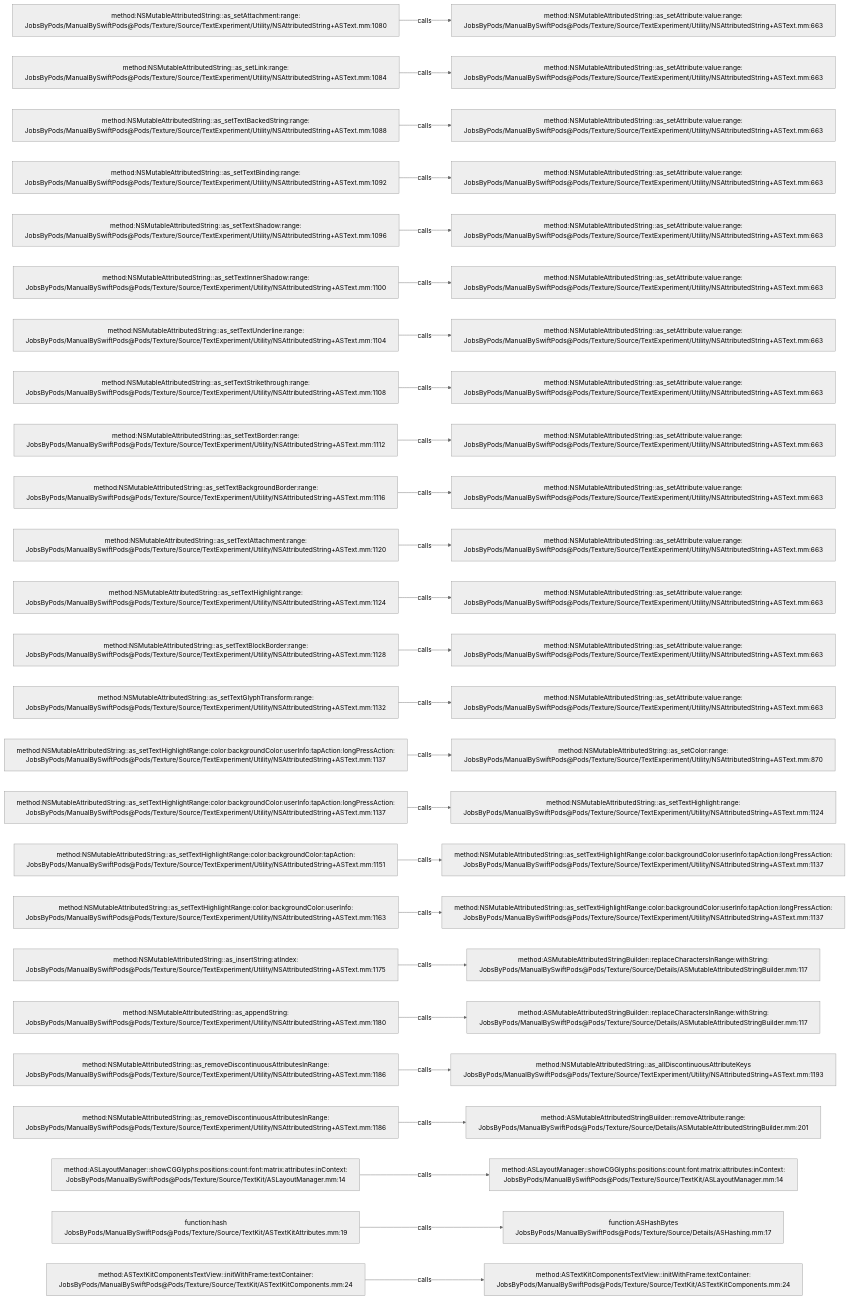
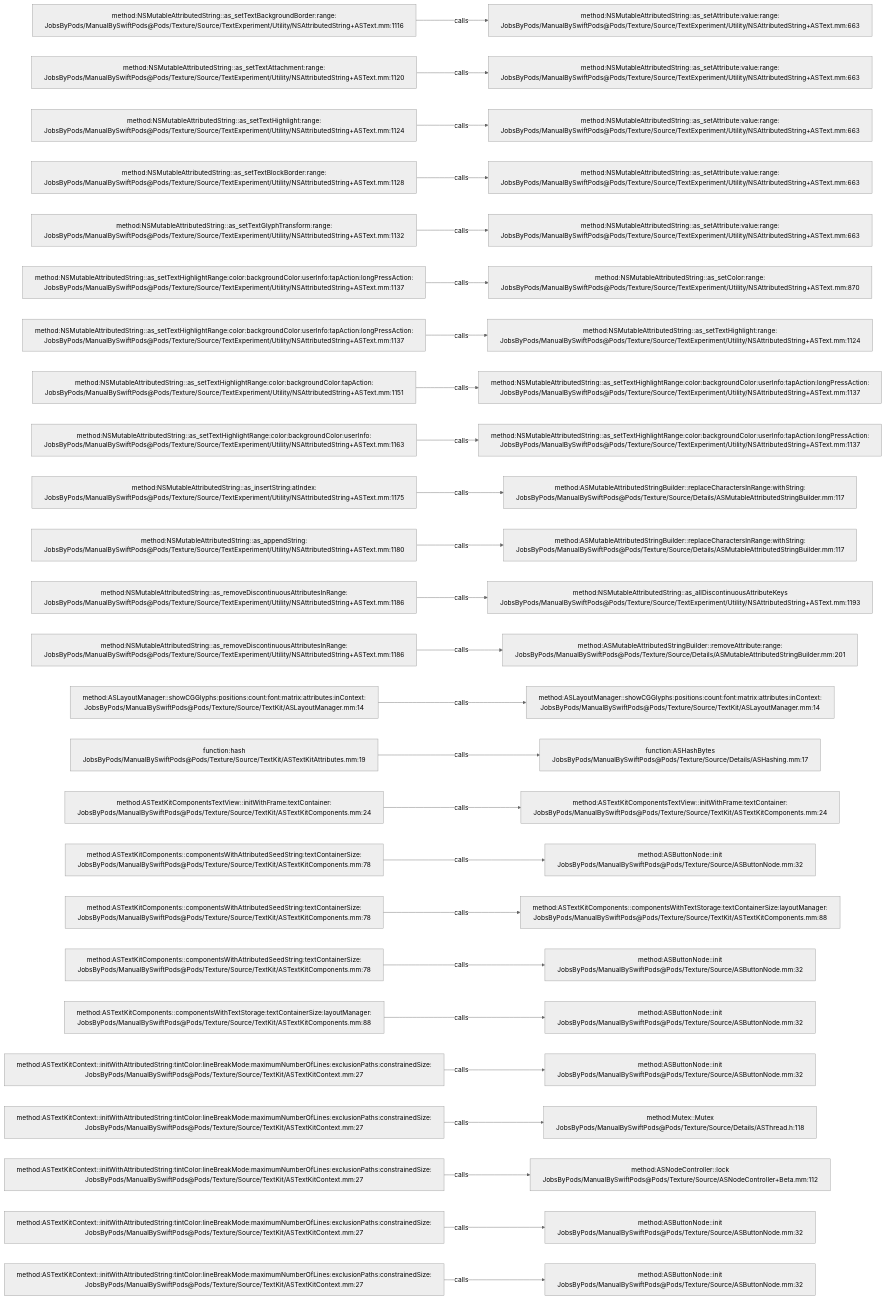
The diagram in .codegraph/codegraph.md/graphs/calls-147.md (JobsKits/JobsSwiftBaseConfigDemo), drawn with Mermaid (neutral theme) before and after one commit. The commit also changed 707 other files, not shown here.

````diff
--- a/.codegraph/codegraph.md/graphs/calls-147.md
+++ b/.codegraph/codegraph.md/graphs/calls-147.md
@@ -13,78 +13,78 @@
 ```mermaid
 flowchart LR
-  S1["method:NSMutableAttributedString::as_setAttachment:range:<br/>JobsByPods/ManualBySwiftPods@Pods/Texture/Source/TextExperiment/Utility/NSAttributedString+ASText.mm:1080"]
+  S1["method:NSMutableAttributedString::as_setTextBackgroundBorder:range:<br/>JobsByPods/ManualBySwiftPods@Pods/Texture/Source/TextExperiment/Utility/NSAttributedString+ASText.mm:1116"]
   T1["method:NSMutableAttributedString::as_setAttribute:value:range:<br/>JobsByPods/ManualBySwiftPods@Pods/Texture/Source/TextExperiment/Utility/NSAttributedString+ASText.mm:663"]
   S1 -->|calls| T1
-  S2["method:NSMutableAttributedString::as_setLink:range:<br/>JobsByPods/ManualBySwiftPods@Pods/Texture/Source/TextExperiment/Utility/NSAttributedString+ASText.mm:1084"]
+  S2["method:NSMutableAttributedString::as_setTextAttachment:range:<br/>JobsByPods/ManualBySwiftPods@Pods/Texture/Source/TextExperiment/Utility/NSAttributedString+ASText.mm:1120"]
   T2["method:NSMutableAttributedString::as_setAttribute:value:range:<br/>JobsByPods/ManualBySwiftPods@Pods/Texture/Source/TextExperiment/Utility/NSAttributedString+ASText.mm:663"]
   S2 -->|calls| T2
-  S3["method:NSMutableAttributedString::as_setTextBackedString:range:<br/>JobsByPods/ManualBySwiftPods@Pods/Texture/Source/TextExperiment/Utility/NSAttributedString+ASText.mm:1088"]
+  S3["method:NSMutableAttributedString::as_setTextHighlight:range:<br/>JobsByPods/ManualBySwiftPods@Pods/Texture/Source/TextExperiment/Utility/NSAttributedString+ASText.mm:1124"]
   T3["method:NSMutableAttributedString::as_setAttribute:value:range:<br/>JobsByPods/ManualBySwiftPods@Pods/Texture/Source/TextExperiment/Utility/NSAttributedString+ASText.mm:663"]
   S3 -->|calls| T3
-  S4["method:NSMutableAttributedString::as_setTextBinding:range:<br/>JobsByPods/ManualBySwiftPods@Pods/Texture/Source/TextExperiment/Utility/NSAttributedString+ASText.mm:1092"]
+  S4["method:NSMutableAttributedString::as_setTextBlockBorder:range:<br/>JobsByPods/ManualBySwiftPods@Pods/Texture/Source/TextExperiment/Utility/NSAttributedString+ASText.mm:1128"]
   T4["method:NSMutableAttributedString::as_setAttribute:value:range:<br/>JobsByPods/ManualBySwiftPods@Pods/Texture/Source/TextExperiment/Utility/NSAttributedString+ASText.mm:663"]
   S4 -->|calls| T4
-  S5["method:NSMutableAttributedString::as_setTextShadow:range:<br/>JobsByPods/ManualBySwiftPods@Pods/Texture/Source/TextExperiment/Utility/NSAttributedString+ASText.mm:1096"]
+  S5["method:NSMutableAttributedString::as_setTextGlyphTransform:range:<br/>JobsByPods/ManualBySwiftPods@Pods/Texture/Source/TextExperiment/Utility/NSAttributedString+ASText.mm:1132"]
   T5["method:NSMutableAttributedString::as_setAttribute:value:range:<br/>JobsByPods/ManualBySwiftPods@Pods/Texture/Source/TextExperiment/Utility/NSAttributedString+ASText.mm:663"]
   S5 -->|calls| T5
-  S6["method:NSMutableAttributedString::as_setTextInnerShadow:range:<br/>JobsByPods/ManualBySwiftPods@Pods/Texture/Source/TextExperiment/Utility/NSAttributedString+ASText.mm:1100"]
-  T6["method:NSMutableAttributedString::as_setAttribute:value:range:<br/>JobsByPods/ManualBySwiftPods@Pods/Texture/Source/TextExperiment/Utility/NSAttributedString+ASText.mm:663"]
+  S6["method:NSMutableAttributedString::as_setTextHighlightRange:color:backgroundColor:userInfo:tapAction:longPressAction:<br/>JobsByPods/ManualBySwiftPods@Pods/Texture/Source/TextExperiment/Utility/NSAttributedString+ASText.mm:1137"]
+  T6["method:NSMutableAttributedString::as_setColor:range:<br/>JobsByPods/ManualBySwiftPods@Pods/Texture/Source/TextExperiment/Utility/NSAttributedString+ASText.mm:870"]
   S6 -->|calls| T6
-  S7["method:NSMutableAttributedString::as_setTextUnderline:range:<br/>JobsByPods/ManualBySwiftPods@Pods/Texture/Source/TextExperiment/Utility/NSAttributedString+ASText.mm:1104"]
-  T7["method:NSMutableAttributedString::as_setAttribute:value:range:<br/>JobsByPods/ManualBySwiftPods@Pods/Texture/Source/TextExperiment/Utility/NSAttributedString+ASText.mm:663"]
+  S7["method:NSMutableAttributedString::as_setTextHighlightRange:color:backgroundColor:userInfo:tapAction:longPressAction:<br/>JobsByPods/ManualBySwiftPods@Pods/Texture/Source/TextExperiment/Utility/NSAttributedString+ASText.mm:1137"]
+  T7["method:NSMutableAttributedString::as_setTextHighlight:range:<br/>JobsByPods/ManualBySwiftPods@Pods/Texture/Source/TextExperiment/Utility/NSAttributedString+ASText.mm:1124"]
   S7 -->|calls| T7
-  S8["method:NSMutableAttributedString::as_setTextStrikethrough:range:<br/>JobsByPods/ManualBySwiftPods@Pods/Texture/Source/TextExperiment/Utility/NSAttributedString+ASText.mm:1108"]
-  T8["method:NSMutableAttributedString::as_setAttribute:value:range:<br/>JobsByPods/ManualBySwiftPods@Pods/Texture/Source/TextExperiment/Utility/NSAttributedString+ASText.mm:663"]
+  S8["method:NSMutableAttributedString::as_setTextHighlightRange:color:backgroundColor:tapAction:<br/>JobsByPods/ManualBySwiftPods@Pods/Texture/Source/TextExperiment/Utility/NSAttributedString+ASText.mm:1151"]
+  T8["method:NSMutableAttributedString::as_setTextHighlightRange:color:backgroundColor:userInfo:tapAction:longPressAction:<br/>JobsByPods/ManualBySwiftPods@Pods/Texture/Source/TextExperiment/Utility/NSAttributedString+ASText.mm:1137"]
   S8 -->|calls| T8
-  S9["method:NSMutableAttributedString::as_setTextBorder:range:<br/>JobsByPods/ManualBySwiftPods@Pods/Texture/Source/TextExperiment/Utility/NSAttributedString+ASText.mm:1112"]
-  T9["method:NSMutableAttributedString::as_setAttribute:value:range:<br/>JobsByPods/ManualBySwiftPods@Pods/Texture/Source/TextExperiment/Utility/NSAttributedString+ASText.mm:663"]
+  S9["method:NSMutableAttributedString::as_setTextHighlightRange:color:backgroundColor:userInfo:<br/>JobsByPods/ManualBySwiftPods@Pods/Texture/Source/TextExperiment/Utility/NSAttributedString+ASText.mm:1163"]
+  T9["method:NSMutableAttributedString::as_setTextHighlightRange:color:backgroundColor:userInfo:tapAction:longPressAction:<br/>JobsByPods/ManualBySwiftPods@Pods/Texture/Source/TextExperiment/Utility/NSAttributedString+ASText.mm:1137"]
   S9 -->|calls| T9
-  S10["method:NSMutableAttributedString::as_setTextBackgroundBorder:range:<br/>JobsByPods/ManualBySwiftPods@Pods/Texture/Source/TextExperiment/Utility/NSAttributedString+ASText.mm:1116"]
-  T10["method:NSMutableAttributedString::as_setAttribute:value:range:<br/>JobsByPods/ManualBySwiftPods@Pods/Texture/Source/TextExperiment/Utility/NSAttributedString+ASText.mm:663"]
+  S10["method:NSMutableAttributedString::as_insertString:atIndex:<br/>JobsByPods/ManualBySwiftPods@Pods/Texture/Source/TextExperiment/Utility/NSAttributedString+ASText.mm:1175"]
+  T10["method:ASMutableAttributedStringBuilder::replaceCharactersInRange:withString:<br/>JobsByPods/ManualBySwiftPods@Pods/Texture/Source/Details/ASMutableAttributedStringBuilder.mm:117"]
   S10 -->|calls| T10
-  S11["method:NSMutableAttributedString::as_setTextAttachment:range:<br/>JobsByPods/ManualBySwiftPods@Pods/Texture/Source/TextExperiment/Utility/NSAttributedString+ASText.mm:1120"]
-  T11["method:NSMutableAttributedString::as_setAttribute:value:range:<br/>JobsByPods/ManualBySwiftPods@Pods/Texture/Source/TextExperiment/Utility/NSAttributedString+ASText.mm:663"]
+  S11["method:NSMutableAttributedString::as_appendString:<br/>JobsByPods/ManualBySwiftPods@Pods/Texture/Source/TextExperiment/Utility/NSAttributedString+ASText.mm:1180"]
+  T11["method:ASMutableAttributedStringBuilder::replaceCharactersInRange:withString:<br/>JobsByPods/ManualBySwiftPods@Pods/Texture/Source/Details/ASMutableAttributedStringBuilder.mm:117"]
   S11 -->|calls| T11
-  S12["method:NSMutableAttributedString::as_setTextHighlight:range:<br/>JobsByPods/ManualBySwiftPods@Pods/Texture/Source/TextExperiment/Utility/NSAttributedString+ASText.mm:1124"]
-  T12["method:NSMutableAttributedString::as_setAttribute:value:range:<br/>JobsByPods/ManualBySwiftPods@Pods/Texture/Source/TextExperiment/Utility/NSAttributedString+ASText.mm:663"]
+  S12["method:NSMutableAttributedString::as_removeDiscontinuousAttributesInRange:<br/>JobsByPods/ManualBySwiftPods@Pods/Texture/Source/TextExperiment/Utility/NSAttributedString+ASText.mm:1186"]
+  T12["method:NSMutableAttributedString::as_allDiscontinuousAttributeKeys<br/>JobsByPods/ManualBySwiftPods@Pods/Texture/Source/TextExperiment/Utility/NSAttributedString+ASText.mm:1193"]
   S12 -->|calls| T12
-  S13["method:NSMutableAttributedString::as_setTextBlockBorder:range:<br/>JobsByPods/ManualBySwiftPods@Pods/Texture/Source/TextExperiment/Utility/NSAttributedString+ASText.mm:1128"]
-  T13["method:NSMutableAttributedString::as_setAttribute:value:range:<br/>JobsByPods/ManualBySwiftPods@Pods/Texture/Source/TextExperiment/Utility/NSAttributedString+ASText.mm:663"]
+  S13["method:NSMutableAttributedString::as_removeDiscontinuousAttributesInRange:<br/>JobsByPods/ManualBySwiftPods@Pods/Texture/Source/TextExperiment/Utility/NSAttributedString+ASText.mm:1186"]
+  T13["method:ASMutableAttributedStringBuilder::removeAttribute:range:<br/>JobsByPods/ManualBySwiftPods@Pods/Texture/Source/Details/ASMutableAttributedStringBuilder.mm:201"]
   S13 -->|calls| T13
-  S14["method:NSMutableAttributedString::as_setTextGlyphTransform:range:<br/>JobsByPods/ManualBySwiftPods@Pods/Texture/Source/TextExperiment/Utility/NSAttributedString+ASText.mm:1132"]
-  T14["method:NSMutableAttributedString::as_setAttribute:value:range:<br/>JobsByPods/ManualBySwiftPods@Pods/Texture/Source/TextExperiment/Utility/NSAttributedString+ASText.mm:663"]
+  S14["method:ASLayoutManager::showCGGlyphs:positions:count:font:matrix:attributes:inContext:<br/>JobsByPods/ManualBySwiftPods@Pods/Texture/Source/TextKit/ASLayoutManager.mm:14"]
+  T14["method:ASLayoutManager::showCGGlyphs:positions:count:font:matrix:attributes:inContext:<br/>JobsByPods/ManualBySwiftPods@Pods/Texture/Source/TextKit/ASLayoutManager.mm:14"]
   S14 -->|calls| T14
-  S15["method:NSMutableAttributedString::as_setTextHighlightRange:color:backgroundColor:userInfo:tapAction:longPressAction:<br/>JobsByPods/ManualBySwiftPods@Pods/Texture/Source/TextExperiment/Utility/NSAttributedString+ASText.mm:1137"]
-  T15["method:NSMutableAttributedString::as_setColor:range:<br/>JobsByPods/ManualBySwiftPods@Pods/Texture/Source/TextExperiment/Utility/NSAttributedString+ASText.mm:870"]
+  S15["function:hash<br/>JobsByPods/ManualBySwiftPods@Pods/Texture/Source/TextKit/ASTextKitAttributes.mm:19"]
+  T15["function:ASHashBytes<br/>JobsByPods/ManualBySwiftPods@Pods/Texture/Source/Details/ASHashing.mm:17"]
   S15 -->|calls| T15
-  S16["method:NSMutableAttributedString::as_setTextHighlightRange:color:backgroundColor:userInfo:tapAction:longPressAction:<br/>JobsByPods/ManualBySwiftPods@Pods/Texture/Source/TextExperiment/Utility/NSAttributedString+ASText.mm:1137"]
-  T16["method:NSMutableAttributedString::as_setTextHighlight:range:<br/>JobsByPods/ManualBySwiftPods@Pods/Texture/Source/TextExperiment/Utility/NSAttributedString+ASText.mm:1124"]
+  S16["method:ASTextKitComponentsTextView::initWithFrame:textContainer:<br/>JobsByPods/ManualBySwiftPods@Pods/Texture/Source/TextKit/ASTextKitComponents.mm:24"]
+  T16["method:ASTextKitComponentsTextView::initWithFrame:textContainer:<br/>JobsByPods/ManualBySwiftPods@Pods/Texture/Source/TextKit/ASTextKitComponents.mm:24"]
   S16 -->|calls| T16
-  S17["method:NSMutableAttributedString::as_setTextHighlightRange:color:backgroundColor:tapAction:<br/>JobsByPods/ManualBySwiftPods@Pods/Texture/Source/TextExperiment/Utility/NSAttributedString+ASText.mm:1151"]
-  T17["method:NSMutableAttributedString::as_setTextHighlightRange:color:backgroundColor:userInfo:tapAction:longPressAction:<br/>JobsByPods/ManualBySwiftPods@Pods/Texture/Source/TextExperiment/Utility/NSAttributedString+ASText.mm:1137"]
+  S17["method:ASTextKitComponents::componentsWithAttributedSeedString:textContainerSize:<br/>JobsByPods/ManualBySwiftPods@Pods/Texture/Source/TextKit/ASTextKitComponents.mm:78"]
+  T17["method:ASButtonNode::init<br/>JobsByPods/ManualBySwiftPods@Pods/Texture/Source/ASButtonNode.mm:32"]
   S17 -->|calls| T17
-  S18["method:NSMutableAttributedString::as_setTextHighlightRange:color:backgroundColor:userInfo:<br/>JobsByPods/ManualBySwiftPods@Pods/Texture/Source/TextExperiment/Utility/NSAttributedString+ASText.mm:1163"]
-  T18["method:NSMutableAttributedString::as_setTextHighlightRange:color:backgroundColor:userInfo:tapAction:longPressAction:<br/>JobsByPods/ManualBySwiftPods@Pods/Texture/Source/TextExperiment/Utility/NSAttributedString+ASText.mm:1137"]
+  S18["method:ASTextKitComponents::componentsWithAttributedSeedString:textContainerSize:<br/>JobsByPods/ManualBySwiftPods@Pods/Texture/Source/TextKit/ASTextKitComponents.mm:78"]
+  T18["method:ASTextKitComponents::componentsWithTextStorage:textContainerSize:layoutManager:<br/>JobsByPods/ManualBySwiftPods@Pods/Texture/Source/TextKit/ASTextKitComponents.mm:88"]
   S18 -->|calls| T18
-  S19["method:NSMutableAttributedString::as_insertString:atIndex:<br/>JobsByPods/ManualBySwiftPods@Pods/Texture/Source/TextExperiment/Utility/NSAttributedString+ASText.mm:1175"]
-  T19["method:ASMutableAttributedStringBuilder::replaceCharactersInRange:withString:<br/>JobsByPods/ManualBySwiftPods@Pods/Texture/Source/Details/ASMutableAttributedStringBuilder.mm:117"]
+  S19["method:ASTextKitComponents::componentsWithAttributedSeedString:textContainerSize:<br/>JobsByPods/ManualBySwiftPods@Pods/Texture/Source/TextKit/ASTextKitComponents.mm:78"]
+  T19["method:ASButtonNode::init<br/>JobsByPods/ManualBySwiftPods@Pods/Texture/Source/ASButtonNode.mm:32"]
   S19 -->|calls| T19
-  S20["method:NSMutableAttributedString::as_appendString:<br/>JobsByPods/ManualBySwiftPods@Pods/Texture/Source/TextExperiment/Utility/NSAttributedString+ASText.mm:1180"]
-  T20["method:ASMutableAttributedStringBuilder::replaceCharactersInRange:withString:<br/>JobsByPods/ManualBySwiftPods@Pods/Texture/Source/Details/ASMutableAttributedStringBuilder.mm:117"]
+  S20["method:ASTextKitComponents::componentsWithTextStorage:textContainerSize:layoutManager:<br/>JobsByPods/ManualBySwiftPods@Pods/Texture/Source/TextKit/ASTextKitComponents.mm:88"]
+  T20["method:ASButtonNode::init<br/>JobsByPods/ManualBySwiftPods@Pods/Texture/Source/ASButtonNode.mm:32"]
   S20 -->|calls| T20
-  S21["method:NSMutableAttributedString::as_removeDiscontinuousAttributesInRange:<br/>JobsByPods/ManualBySwiftPods@Pods/Texture/Source/TextExperiment/Utility/NSAttributedString+ASText.mm:1186"]
-  T21["method:NSMutableAttributedString::as_allDiscontinuousAttributeKeys<br/>JobsByPods/ManualBySwiftPods@Pods/Texture/Source/TextExperiment/Utility/NSAttributedString+ASText.mm:1193"]
+  S21["method:ASTextKitContext::initWithAttributedString:tintColor:lineBreakMode:maximumNumberOfLines:exclusionPaths:constrainedSize:<br/>JobsByPods/ManualBySwiftPods@Pods/Texture/Source/TextKit/ASTextKitContext.mm:27"]
+  T21["method:ASButtonNode::init<br/>JobsByPods/ManualBySwiftPods@Pods/Texture/Source/ASButtonNode.mm:32"]
   S21 -->|calls| T21
-  S22["method:NSMutableAttributedString::as_removeDiscontinuousAttributesInRange:<br/>JobsByPods/ManualBySwiftPods@Pods/Texture/Source/TextExperiment/Utility/NSAttributedString+ASText.mm:1186"]
-  T22["method:ASMutableAttributedStringBuilder::removeAttribute:range:<br/>JobsByPods/ManualBySwiftPods@Pods/Texture/Source/Details/ASMutableAttributedStringBuilder.mm:201"]
+  S22["method:ASTextKitContext::initWithAttributedString:tintColor:lineBreakMode:maximumNumberOfLines:exclusionPaths:constrainedSize:<br/>JobsByPods/ManualBySwiftPods@Pods/Texture/Source/TextKit/ASTextKitContext.mm:27"]
+  T22["method:Mutex::Mutex<br/>JobsByPods/ManualBySwiftPods@Pods/Texture/Source/Details/ASThread.h:118"]
   S22 -->|calls| T22
-  S23["method:ASLayoutManager::showCGGlyphs:positions:count:font:matrix:attributes:inContext:<br/>JobsByPods/ManualBySwiftPods@Pods/Texture/Source/TextKit/ASLayoutManager.mm:14"]
-  T23["method:ASLayoutManager::showCGGlyphs:positions:count:font:matrix:attributes:inContext:<br/>JobsByPods/ManualBySwiftPods@Pods/Texture/Source/TextKit/ASLayoutManager.mm:14"]
+  S23["method:ASTextKitContext::initWithAttributedString:tintColor:lineBreakMode:maximumNumberOfLines:exclusionPaths:constrainedSize:<br/>JobsByPods/ManualBySwiftPods@Pods/Texture/Source/TextKit/ASTextKitContext.mm:27"]
+  T23["method:ASNodeController::lock<br/>JobsByPods/ManualBySwiftPods@Pods/Texture/Source/ASNodeController+Beta.mm:112"]
   S23 -->|calls| T23
-  S24["function:hash<br/>JobsByPods/ManualBySwiftPods@Pods/Texture/Source/TextKit/ASTextKitAttributes.mm:19"]
-  T24["function:ASHashBytes<br/>JobsByPods/ManualBySwiftPods@Pods/Texture/Source/Details/ASHashing.mm:17"]
+  S24["method:ASTextKitContext::initWithAttributedString:tintColor:lineBreakMode:maximumNumberOfLines:exclusionPaths:constrainedSize:<br/>JobsByPods/ManualBySwiftPods@Pods/Texture/Source/TextKit/ASTextKitContext.mm:27"]
+  T24["method:ASButtonNode::init<br/>JobsByPods/ManualBySwiftPods@Pods/Texture/Source/ASButtonNode.mm:32"]
   S24 -->|calls| T24
-  S25["method:ASTextKitComponentsTextView::initWithFrame:textContainer:<br/>JobsByPods/ManualBySwiftPods@Pods/Texture/Source/TextKit/ASTextKitComponents.mm:24"]
-  T25["method:ASTextKitComponentsTextView::initWithFrame:textContainer:<br/>JobsByPods/ManualBySwiftPods@Pods/Texture/Source/TextKit/ASTextKitComponents.mm:24"]
+  S25["method:ASTextKitContext::initWithAttributedString:tintColor:lineBreakMode:maximumNumberOfLines:exclusionPaths:constrainedSize:<br/>JobsByPods/ManualBySwiftPods@Pods/Texture/Source/TextKit/ASTextKitContext.mm:27"]
+  T25["method:ASButtonNode::init<br/>JobsByPods/ManualBySwiftPods@Pods/Texture/Source/ASButtonNode.mm:32"]
   S25 -->|calls| T25
 ```
````
